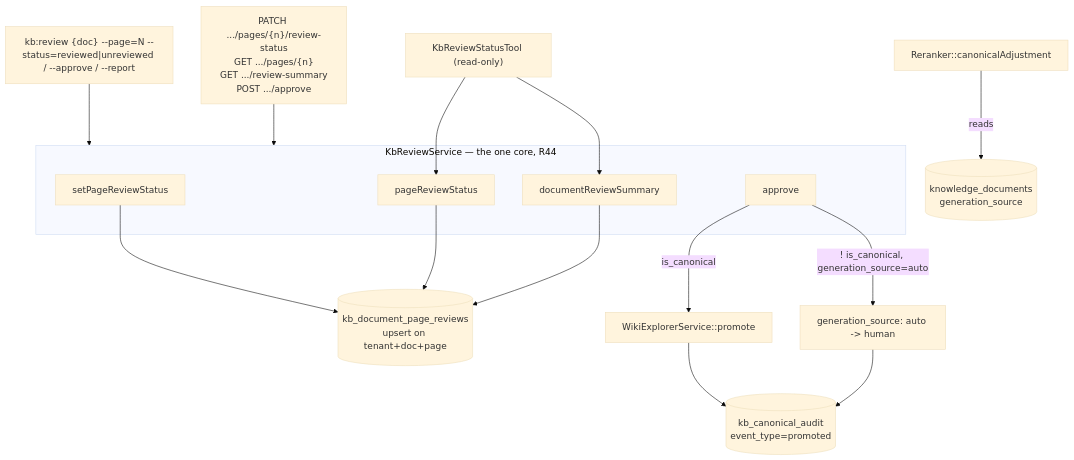
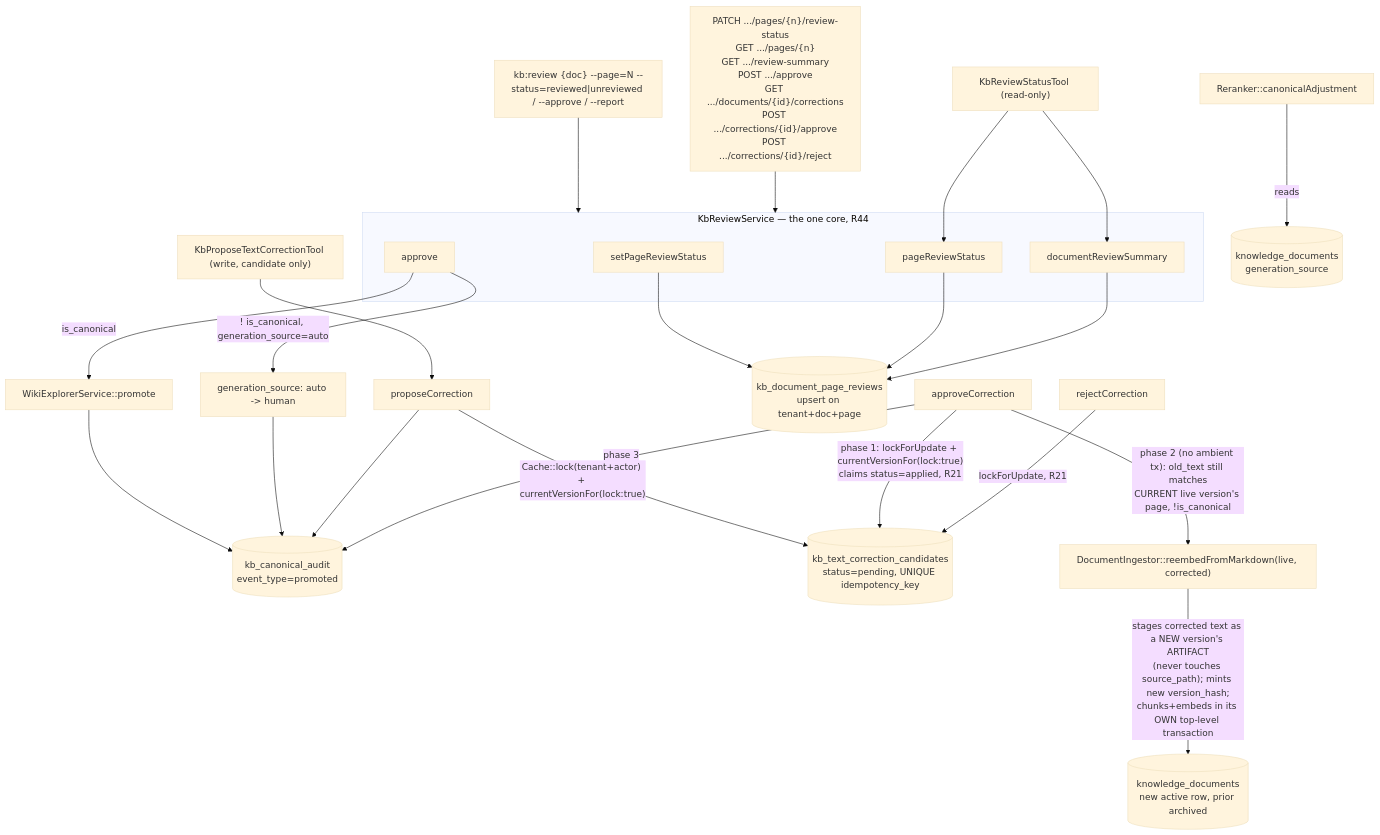
One commit to lopadova/AskMyDocs changed the diagram in docs-site/digitization-review.mdx. Above: the diagram before and after it, drawn with Mermaid (base theme). The commit also changed other lines of this file and 28 other files, not shown here.

First line of the commit message:
v8.37/W3b — Correction-candidate propose/approve/reject flow (ADR 0031 §6-7) (#496)

````diff
--- a/docs-site/digitization-review.mdx
+++ b/docs-site/digitization-review.mdx
@@ -83,25 +85,38 @@
 ```mermaid
 flowchart TD
     subgraph core[KbReviewService — the one core, R44]
         SET[setPageReviewStatus]
         PAGE[pageReviewStatus]
         SUM[documentReviewSummary]
         APR[approve]
     end
 
+    PROP[proposeCorrection]
+    APC[approveCorrection]
+    REJ[rejectCorrection]
+
     CLI["kb:review {doc} --page=N --status=reviewed|unreviewed / --approve / --report"] --> core
-    HTTP["PATCH .../pages/{n}/review-status\nGET .../pages/{n}\nGET .../review-summary\nPOST .../approve"] --> core
+    HTTP["PATCH .../pages/{n}/review-status\nGET .../pages/{n}\nGET .../review-summary\nPOST .../approve\nGET .../documents/{id}/corrections\nPOST .../corrections/{id}/approve\nPOST .../corrections/{id}/reject"] --> core
     MCP["KbReviewStatusTool (read-only)"] --> PAGE
     MCP --> SUM
+    MCPW["KbProposeTextCorrectionTool (write, candidate only)"] --> PROP
 
     SET --> ROW[(kb_document_page_reviews\nupsert on tenant+doc+page)]
     PAGE --> ROW
     SUM --> ROW
 
     APR -->|is_canonical| PROMOTE[WikiExplorerService::promote]
     APR -->|"! is_canonical, generation_source=auto"| FLIP["generation_source: auto -> human"]
     PROMOTE --> AUDIT[(kb_canonical_audit\nevent_type=promoted)]
     FLIP --> AUDIT
 
+    PROP -->|"Cache::lock(tenant+actor) + currentVersionFor(lock:true)"| CAND[(kb_text_correction_candidates\nstatus=pending, UNIQUE idempotency_key)]
+    PROP --> AUDIT
+    APC -->|"phase 1: lockForUpdate + currentVersionFor(lock:true)\nclaims status=applied, R21"| CAND
+    REJ -->|"lockForUpdate, R21"| CAND
+    APC -->|"phase 2 (no ambient tx): old_text still matches\nCURRENT live version's page, !is_canonical"| REEMBED["DocumentIngestor::reembedFromMarkdown(live, corrected)"]
+    REEMBED -->|"stages corrected text as a NEW version's ARTIFACT\n(never touches source_path); mints new version_hash;\nchunks+embeds in its OWN top-level transaction"| NEWDOC[(knowledge_documents\nnew active row, prior archived)]
+    APC -->|"phase 3"| AUDIT
+
     RANK[Reranker::canonicalAdjustment] -->|reads| DOC[(knowledge_documents\ngeneration_source)]
 ```
````
